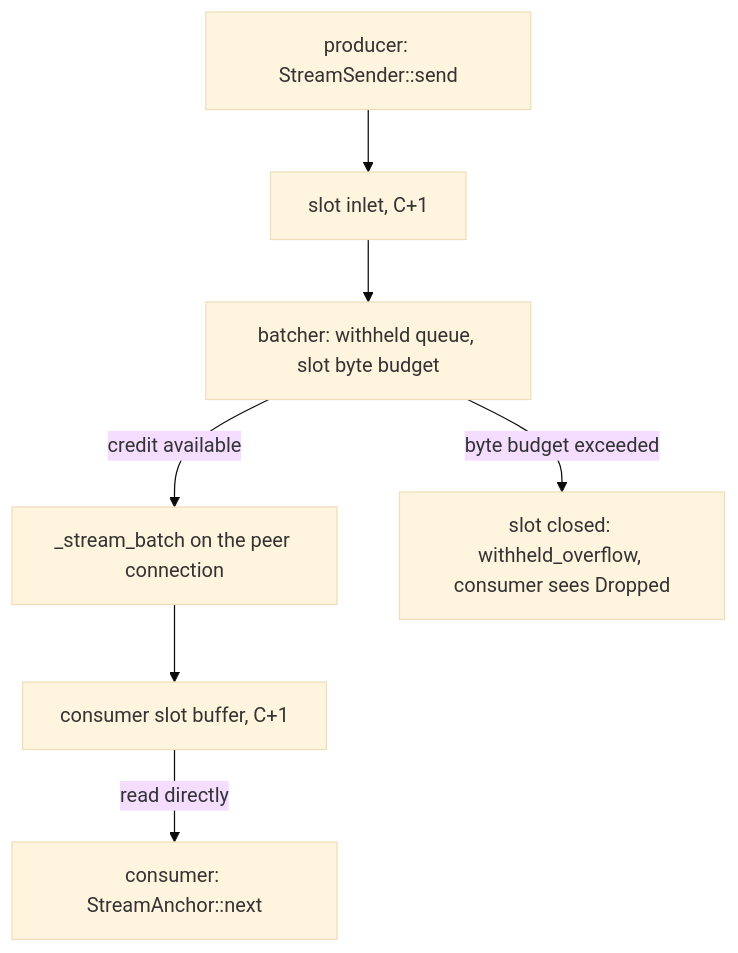
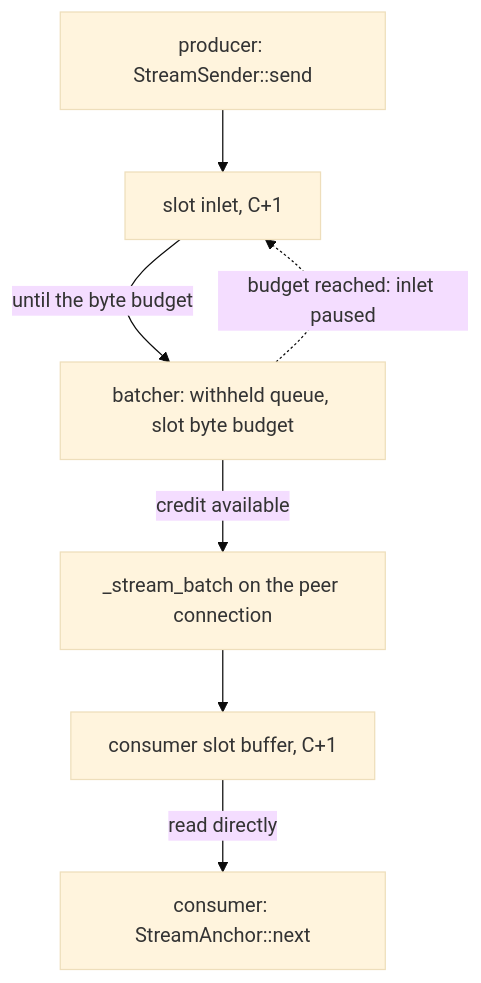
Before and after one commit to ai-dynamo/velo: the second of 2 diagrams in docs/src/operations/saturation.md, drawn with Mermaid (base theme). The commit also changed other lines of this file and 23 other files, not shown here.

First line of the commit message:
fix(mux): pause a slot's inlet at the byte cap instead of killing the slot (#104)

````diff
--- a/docs/src/operations/saturation.md
+++ b/docs/src/operations/saturation.md
@@ -107,9 +107,9 @@
 ```mermaid
 flowchart TD
     P[producer: StreamSender::send] --> I[slot inlet, C+1]
-    I --> W[batcher: withheld queue, slot byte budget]
+    I -->|until the byte budget| W[batcher: withheld queue, slot byte budget]
     W -->|credit available| B[_stream_batch on the peer connection]
     B --> S[consumer slot buffer, C+1]
     S -->|read directly| Q[consumer: StreamAnchor::next]
-    W -->|byte budget exceeded| K[slot closed: withheld_overflow, consumer sees Dropped]
+    W -.->|budget reached: inlet paused| I
 ```
````
